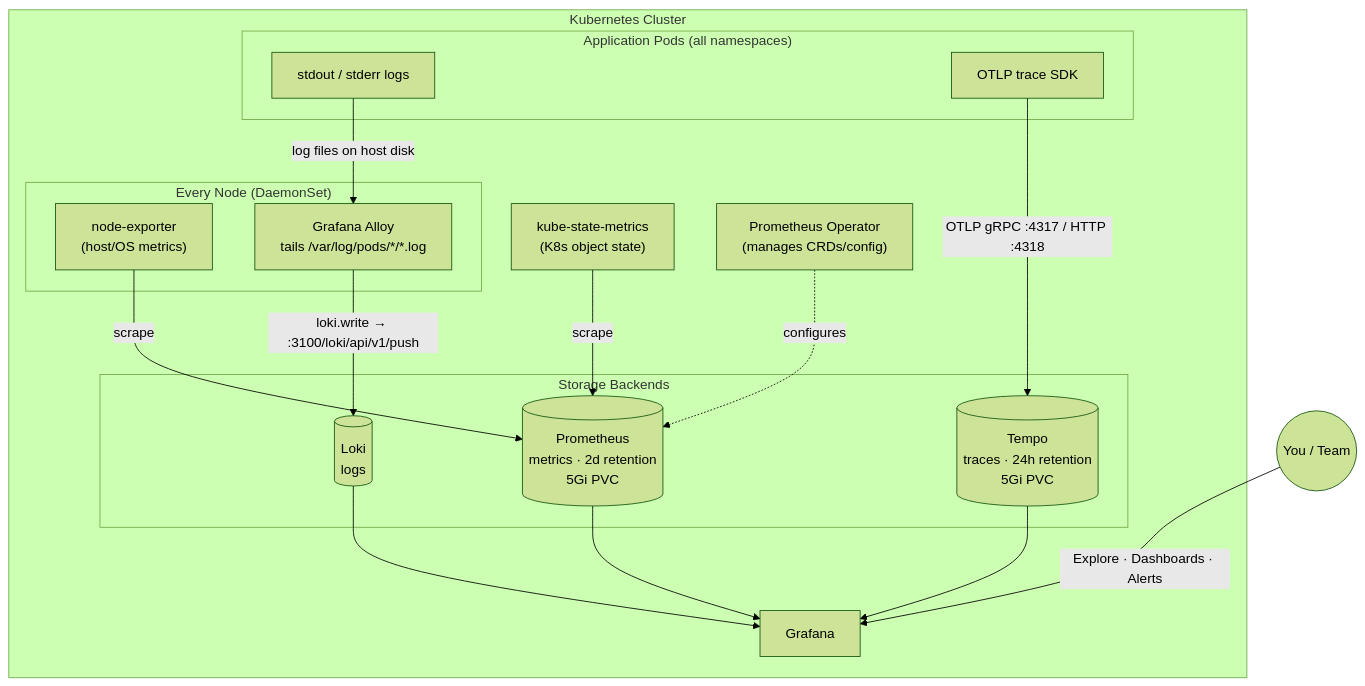
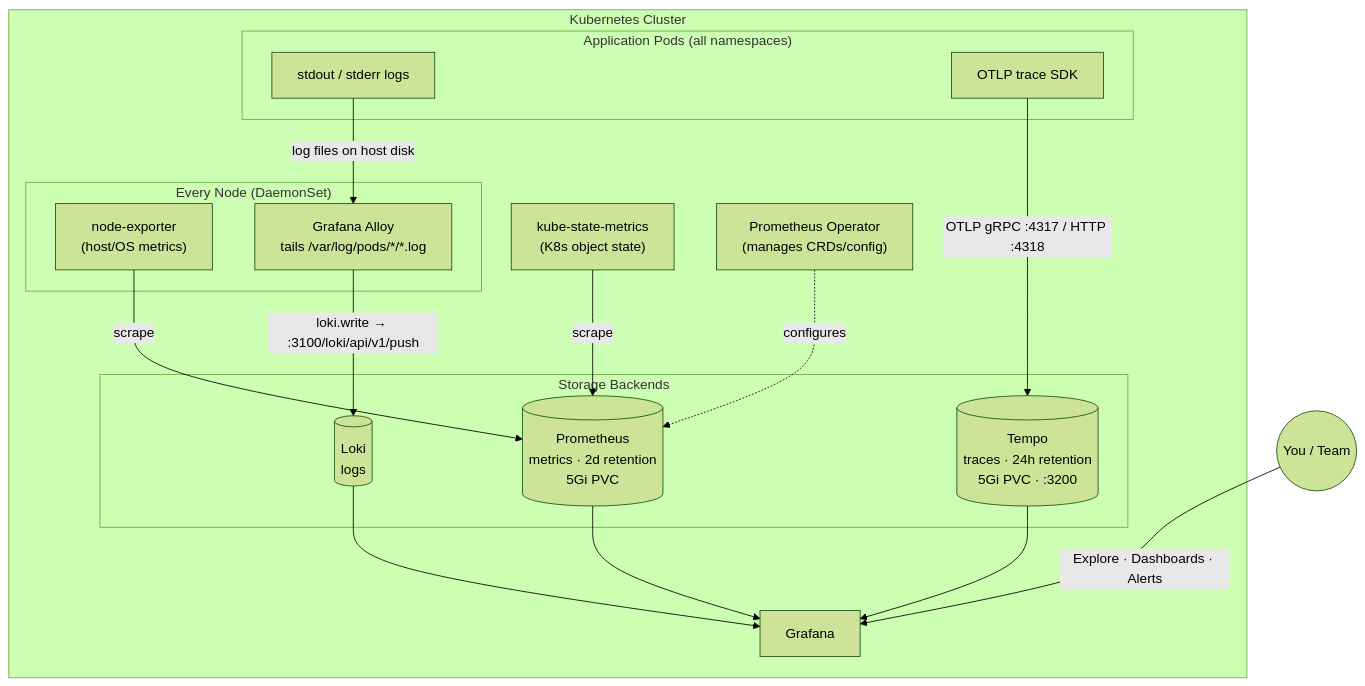
Before and after one commit to amlan26/KubeTools: the diagram in observability-stack(loki-prometheues-alloy-tempo)/README.md, drawn with Mermaid (forest theme). The commit also changed other lines of this file and 1 other file, not shown here.

Commit message:
some changes added for tempo port

````diff
--- a/observability-stack(loki-prometheues-alloy-tempo)/README.md
+++ b/observability-stack(loki-prometheues-alloy-tempo)/README.md
@@ -23,38 +23,38 @@
 ```mermaid
 flowchart TB
     subgraph cluster["Kubernetes Cluster"]
         subgraph apps["Application Pods (all namespaces)"]
             applogs["stdout / stderr logs"]
             apptraces["OTLP trace SDK"]
         end
 
         subgraph nodes["Every Node (DaemonSet)"]
             nodeexp["node-exporter\n(host/OS metrics)"]
             alloy["Grafana Alloy\ntails /var/log/pods/*/*.log"]
         end
 
         ksm["kube-state-metrics\n(K8s object state)"]
         promop["Prometheus Operator\n(manages CRDs/config)"]
 
         subgraph backends["Storage Backends"]
             prom[("Prometheus\nmetrics · 2d retention\n5Gi PVC")]
             loki[("Loki\nlogs")]
-            tempo[("Tempo\ntraces · 24h retention\n5Gi PVC")]
+            tempo[("Tempo\ntraces · 24h retention\n5Gi PVC · :3200")]
         end
 
         grafana["Grafana"]
 
         applogs -->|"log files on host disk"| alloy
         alloy -->|"loki.write → :3100/loki/api/v1/push"| loki
         apptraces -->|"OTLP gRPC :4317 / HTTP :4318"| tempo
         nodeexp -->|scrape| prom
         ksm -->|scrape| prom
         promop -.->|configures| prom
 
         prom --> grafana
         loki --> grafana
         tempo --> grafana
     end
 
     user(("You / Team")) -->|"Explore · Dashboards · Alerts"| grafana
 ```
````
